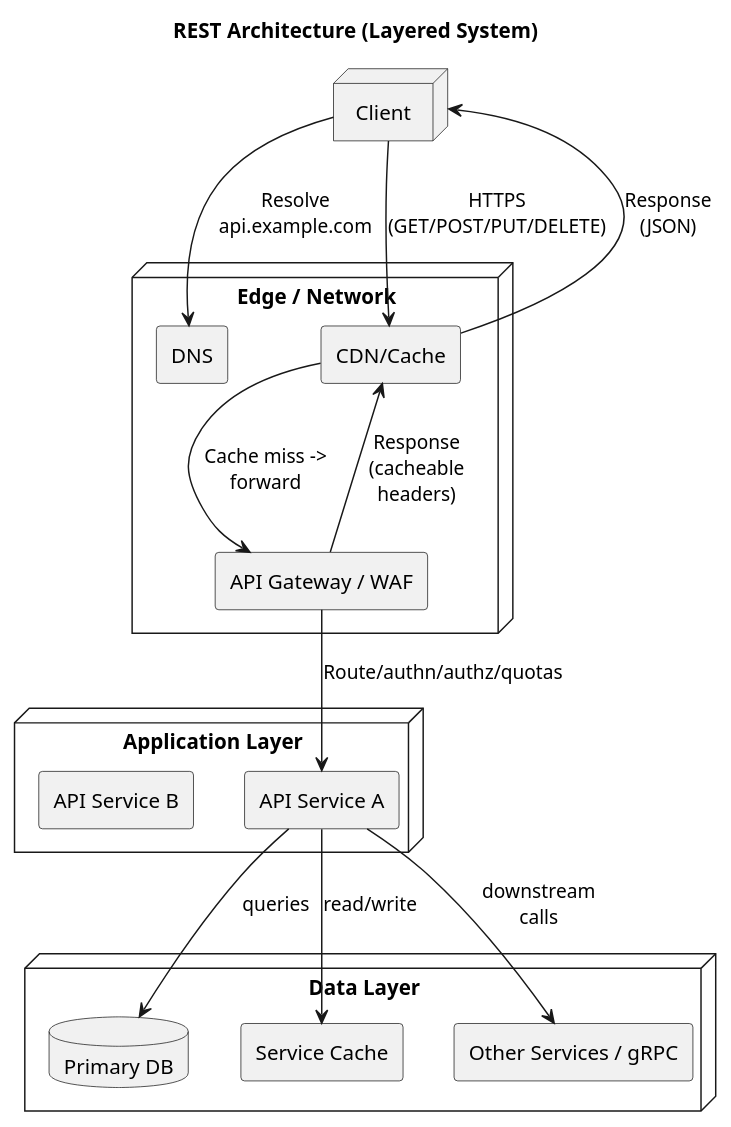
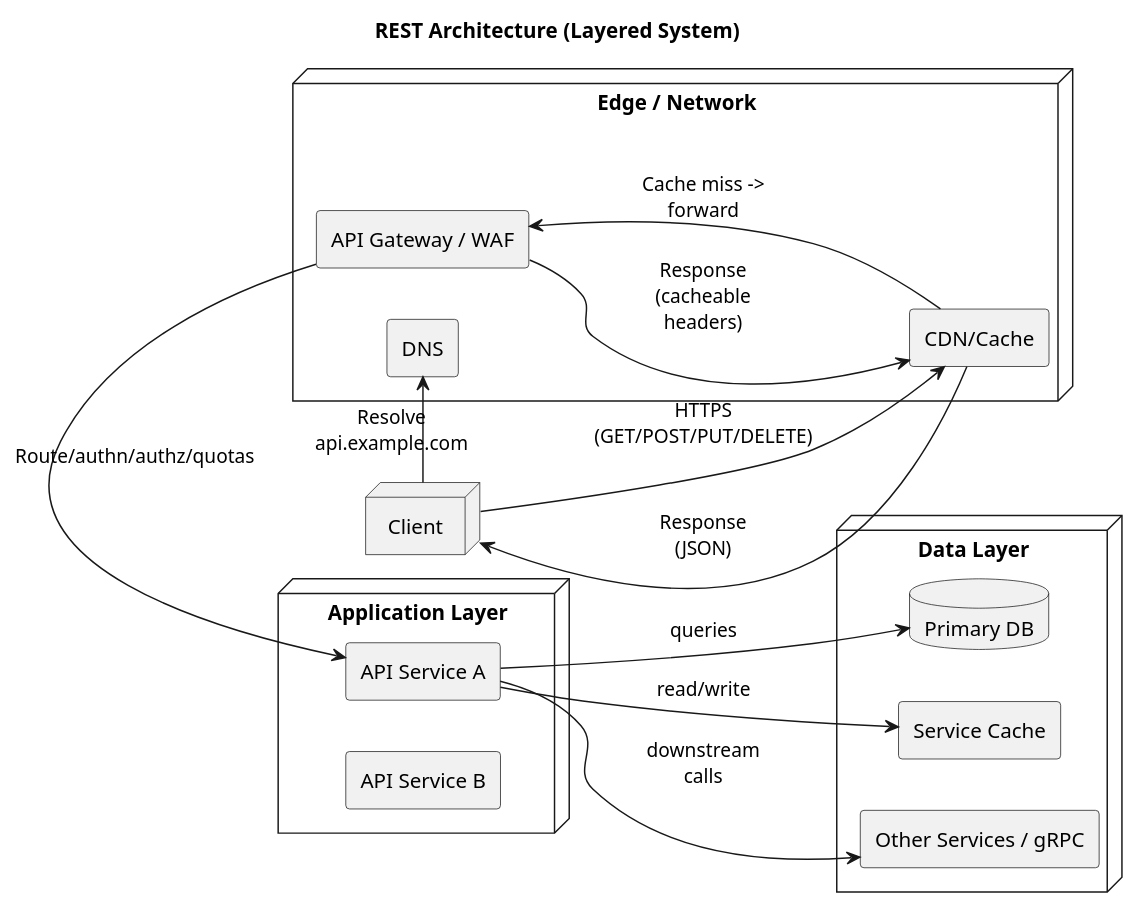
Before and after one commit to triciabrown/CS5287_fork_master: the diagram in doc/Week 1/REST/highlevelREST.puml, drawn with PlantUML. The commit also changed 147 other files, not shown here.

```diff
--- a/doc/Week 1/REST/highlevelREST.puml
+++ b/doc/Week 1/REST/highlevelREST.puml
@@ -1,33 +1,35 @@
 @startuml
 title REST Architecture (Layered System)
+
+left to right direction
 
 skinparam componentStyle rectangle
 skinparam wrapWidth 180
 skinparam maxMessageSize 100
 
 node "Client" as Client
 node "Edge / Network" as Edge {
   [DNS] as DNS
   [CDN/Cache] as CDN
   [API Gateway / WAF] as GW
 }
 node "Application Layer" as App {
   [API Service A] as SvcA
   [API Service B] as SvcB
 }
 node "Data Layer" as Data {
   database "Primary DB" as DB
   [Service Cache] as Cache
   [Other Services / gRPC] as XSvc
 }
 
 Client --> DNS : Resolve api.example.com
 Client --> CDN : HTTPS (GET/POST/PUT/DELETE)
 CDN --> GW : Cache miss -> forward
-GW --> SvcA : Route/authn/authz/quotas
+SvcA <- GW : Route/authn/authz/quotas
 SvcA --> Cache : read/write
 SvcA --> DB : queries
 SvcA --> XSvc : downstream calls
 GW --> CDN : Response (cacheable headers)
 CDN --> Client : Response (JSON)
 @enduml
```
